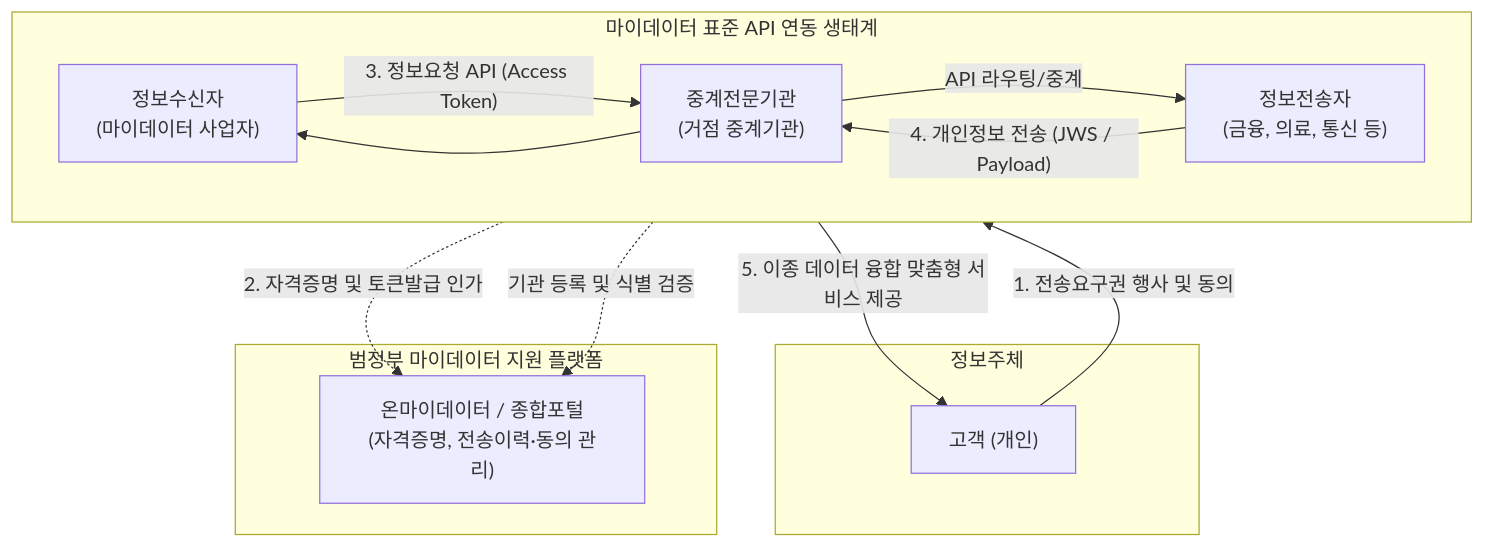
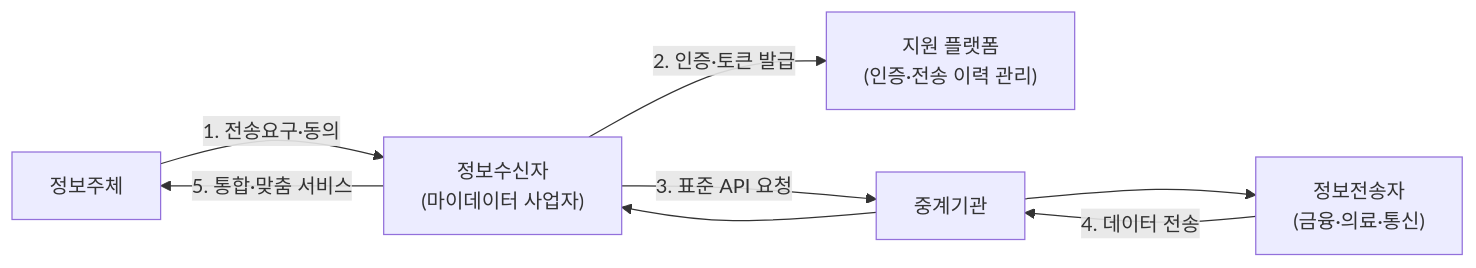
Before and after one commit to supremethumb/supremethumb.github.io: the diagram in content/01_IT Tech/마이데이터.md, drawn with Mermaid. The commit also changed other lines of this file and 1087 other files, not shown here.

````diff
--- a/content/01_IT Tech/마이데이터.md
+++ b/content/01_IT Tech/마이데이터.md
@@ -27,28 +35,9 @@
 ```mermaid
-flowchart TD
-    subgraph Subject["정보주체"]
-        User["고객 (개인)"]
-    end
-
-    subgraph Platform["범정부 마이데이터 지원 플랫폼"]
-        Portal["온마이데이터 / 종합포털\n(자격증명, 전송이력·동의 관리)"]
-    end
-
-    subgraph Ecosystem["마이데이터 표준 API 연동 생태계"]
-        direction LR
-        Receiver["정보수신자\n(마이데이터 사업자)"]
-        Relay["중계전문기관\n(거점 중계기관)"]
-        Provider["정보전송자\n(금융, 의료, 통신 등)"]
-
-        Receiver -- "3. 정보요청 API (Access Token)" --> Relay
-        Relay -- "API 라우팅/중계" --> Provider
-        Provider -- "4. 개인정보 전송 (JWS / Payload)" --> Relay
-        Relay --> Receiver
-    end
-
-    User -- "1. 전송요구권 행사 및 동의" --> Receiver
-    Receiver -. "2. 자격증명 및 토큰발급 인가" .-> Portal
-    Provider -. "기관 등록 및 식별 검증" .-> Portal
-    Receiver -- "5. 이종 데이터 융합 맞춤형 서비스 제공" --> User
-
+flowchart LR
+    U["정보주체"] -->|"1. 전송요구·동의"| R["정보수신자<br/>(마이데이터 사업자)"]
+    R -->|"2. 인증·토큰 발급"| P["지원 플랫폼<br/>(인증·전송 이력 관리)"]
+    R -->|"3. 표준 API 요청"| M["중계기관"]
+    M --> T["정보전송자<br/>(금융·의료·통신)"]
+    T -->|"4. 데이터 전송"| M --> R
+    R -->|"5. 통합·맞춤 서비스"| U
 ```
````
